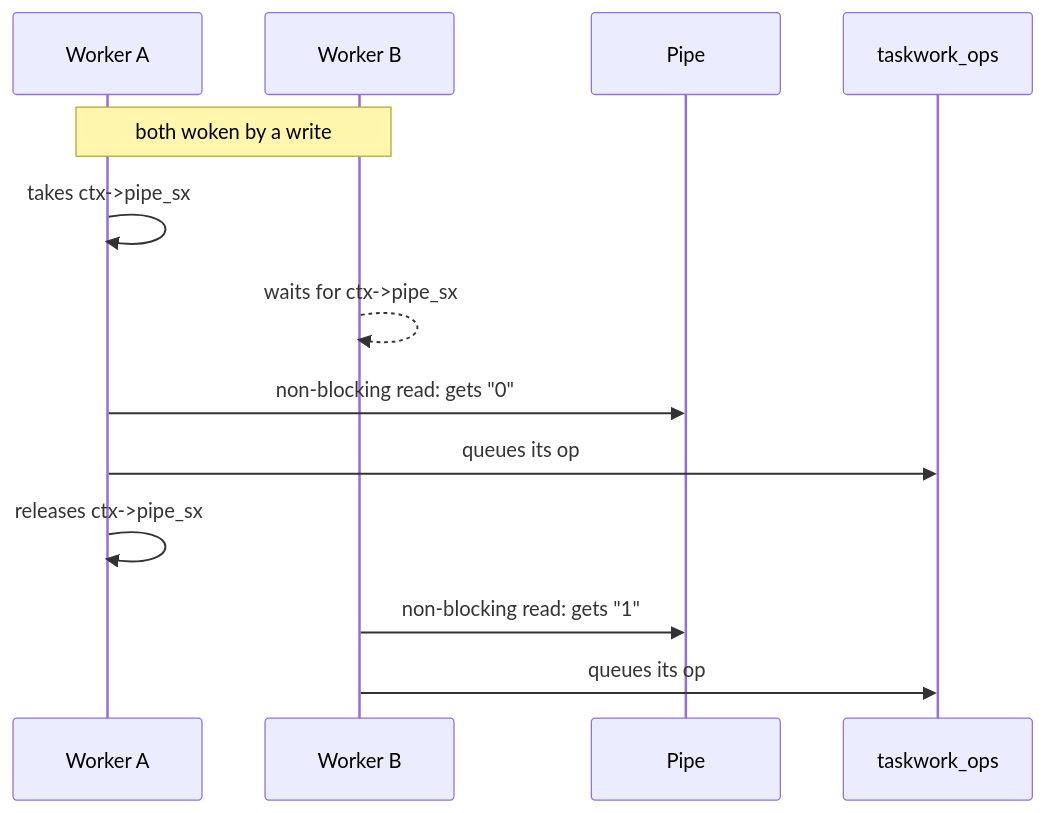
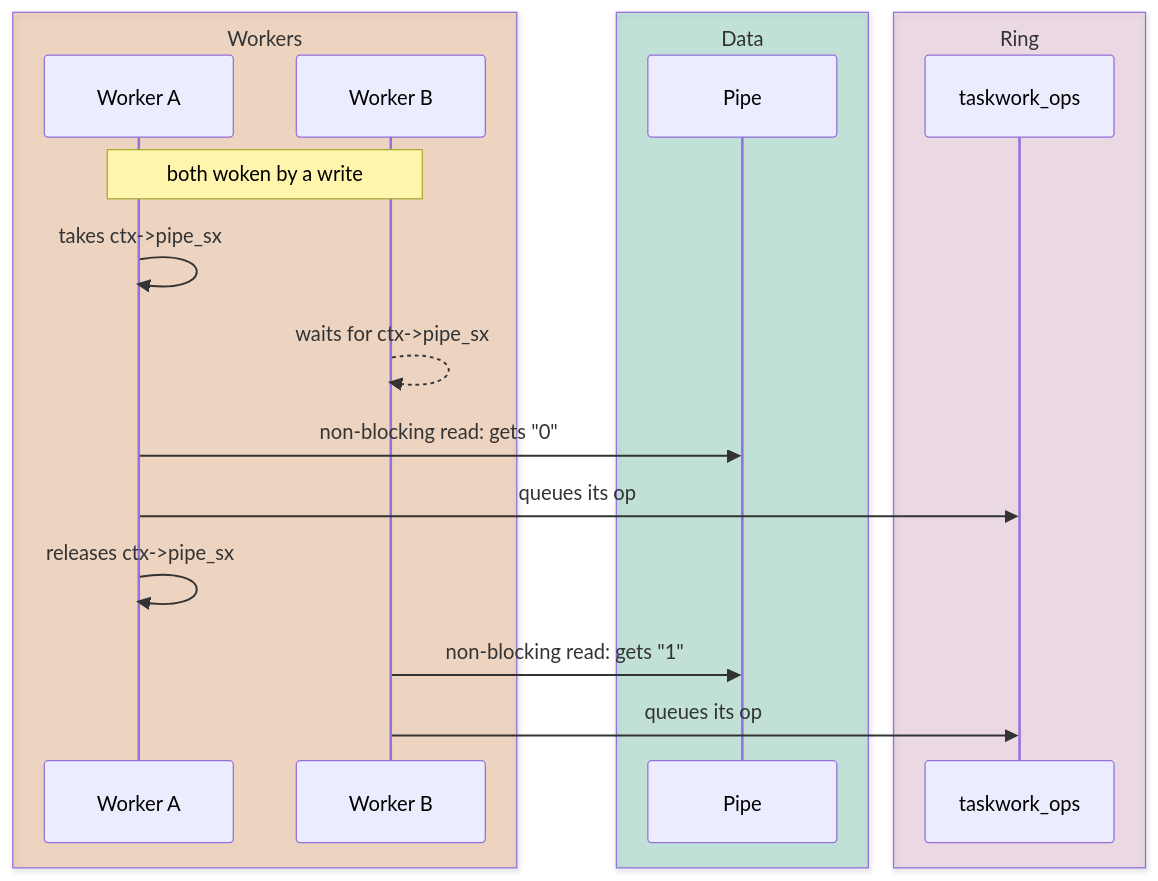
One commit to grepjava/kqring changed diagram 11 of 15 in ARCHITECTURE.MD. Above: the diagram before and after it, drawn with Mermaid. The commit also changed other lines of this file and 1 other file, not shown here.

First line of the commit message:
Docs: color the diagrams by role

````diff
--- a/ARCHITECTURE.MD
+++ b/ARCHITECTURE.MD
@@ -482,15 +566,21 @@
 ```mermaid
 sequenceDiagram
-    participant A as Worker A
-    participant B as Worker B
-    participant P as Pipe
-    participant T as taskwork_ops
+    box rgba(213,94,0,0.2) Workers
+        participant A as Worker A
+        participant B as Worker B
+    end
+    box rgba(0,158,115,0.2) Data
+        participant P as Pipe
+    end
+    box rgba(204,121,167,0.2) Ring
+        participant T as taskwork_ops
+    end
     Note over A,B: both woken by a write
     A->>A: takes ctx->pipe_sx
     B-->>B: waits for ctx->pipe_sx
     A->>P: non-blocking read: gets "0"
     A->>T: queues its op
     A->>A: releases ctx->pipe_sx
     B->>P: non-blocking read: gets "1"
     B->>T: queues its op
 ```
````
